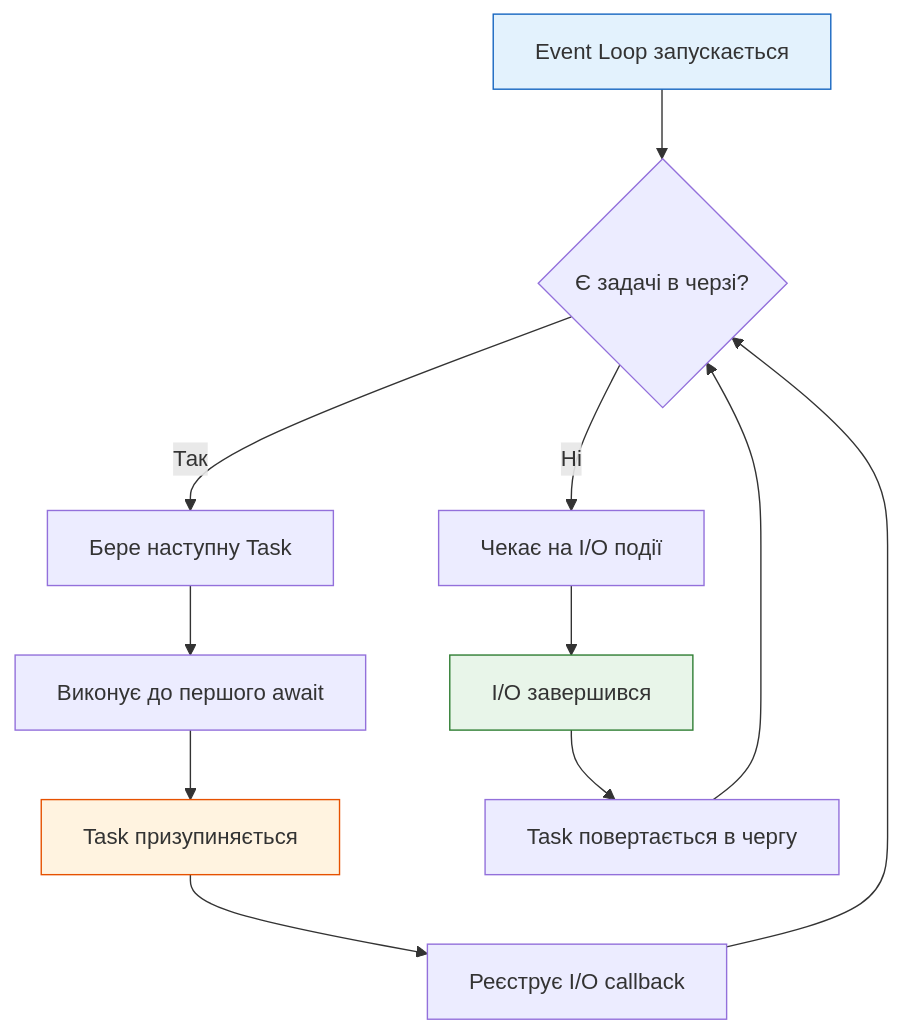
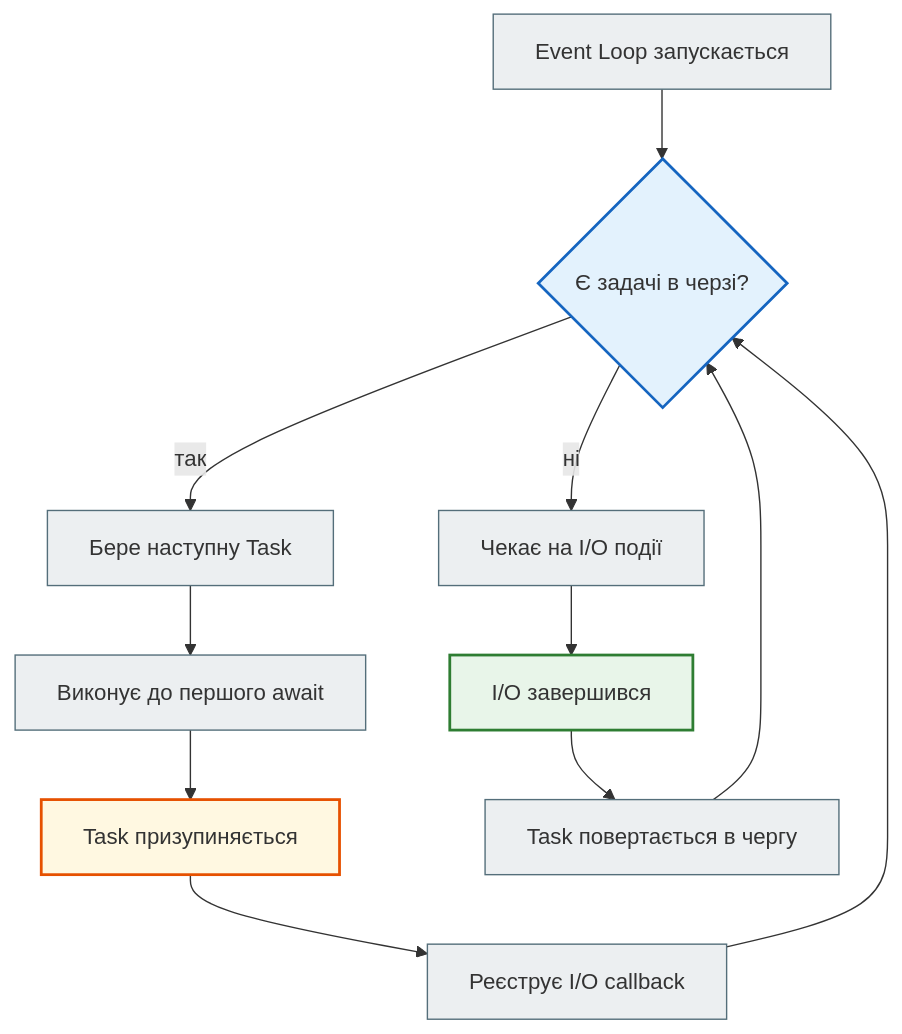
One commit to NikoriakViktot/notes_chat_app changed the first of 3 diagrams in docs/09_async_and_realtime/async_02_asyncio_full.md. Above: the diagram before and after it, drawn with Mermaid. The commit also changed other lines of this file and 441 other files, not shown here.

First line of the commit message:
Add English version of the book, Mermaid standard, docs fixes

````diff
--- a/docs/09_async_and_realtime/async_02_asyncio_full.md
+++ b/docs/09_async_and_realtime/async_02_asyncio_full.md
@@ -75,17 +75,22 @@
 ```mermaid
 graph TD
     A[Event Loop запускається] --> B{Є задачі в черзі?}
-    B -->|Так| C[Бере наступну Task]
+    B -->|так| C[Бере наступну Task]
     C --> D[Виконує до першого await]
     D --> E[Task призупиняється]
     E --> F[Реєструє I/O callback]
     F --> B
-    B -->|Ні| G[Чекає на I/O події]
+    B -->|ні| G[Чекає на I/O події]
     G --> H[I/O завершився]
     H --> I[Task повертається в чергу]
     I --> B
 
-    style A fill:#e3f2fd,stroke:#1565c0
-    style E fill:#fff3e0,stroke:#e65100
-    style H fill:#e8f5e9,stroke:#2e7d32
+    classDef step     fill:#eceff1,stroke:#546e7a,stroke-width:1px;
+    classDef decision fill:#e3f2fd,stroke:#1565c0,stroke-width:2px;
+    classDef success  fill:#e8f5e9,stroke:#2e7d32,stroke-width:2px;
+    classDef warning  fill:#fff8e1,stroke:#e65100,stroke-width:2px;
+    class A,C,D,F,G,I step;
+    class B decision;
+    class H success;
+    class E warning;
 ```
````
